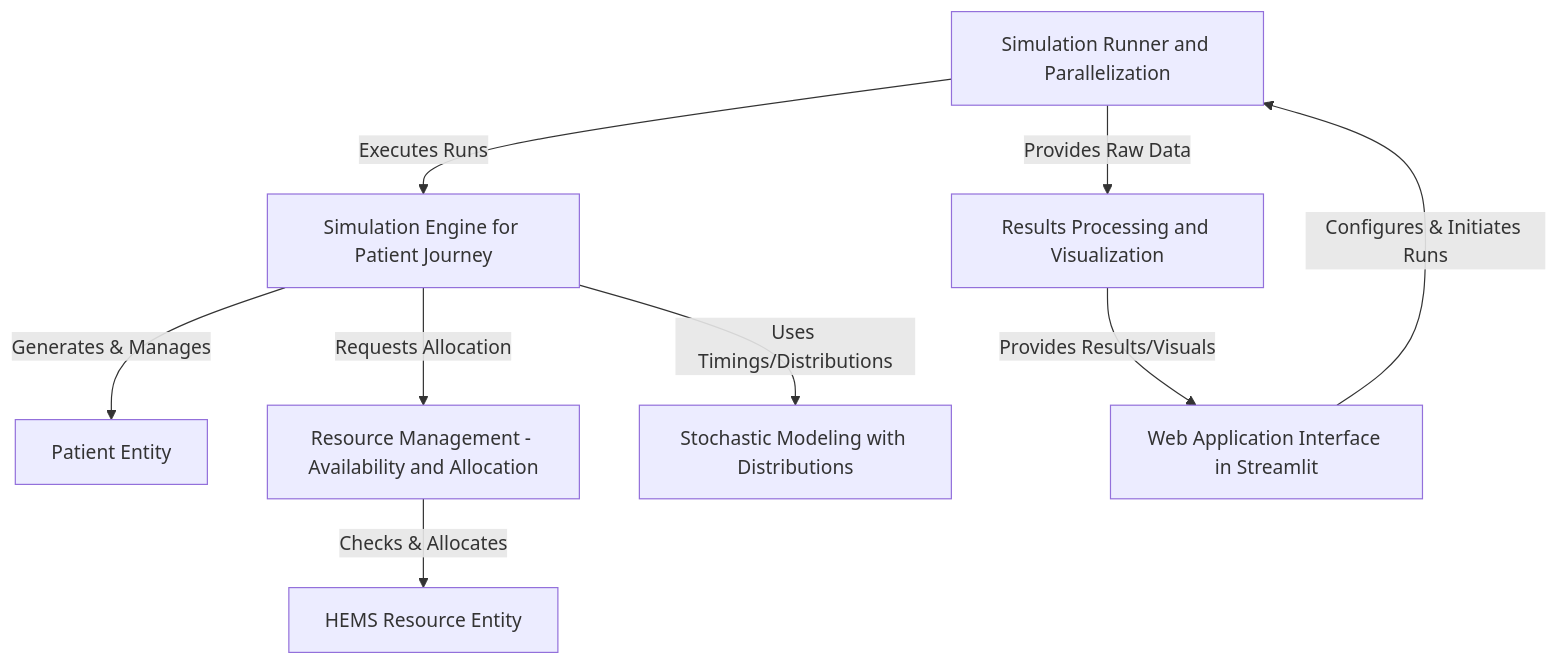
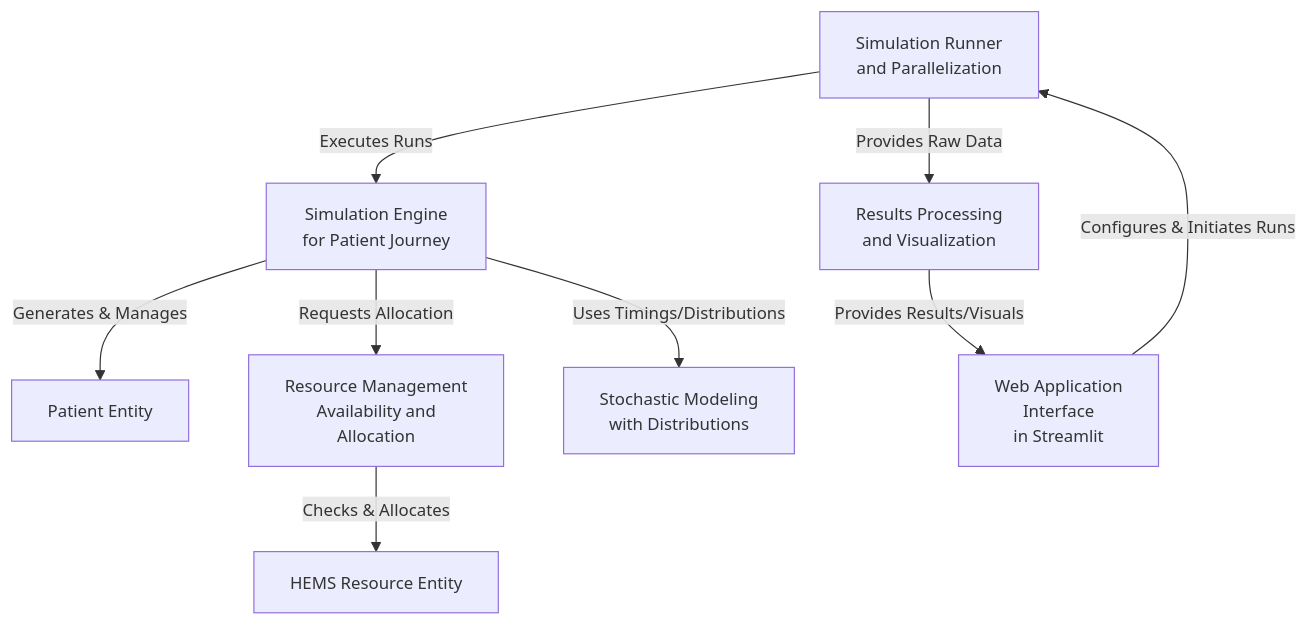
The diagram in index.qmd (Bergam0t/DAA_DES_repo_docs_TEST), drawn with Mermaid before and after one commit. The commit also changed 6 other files, not shown here.

Commit message:
Diagram and bash snippet fixes

````diff
--- a/index.qmd
+++ b/index.qmd
@@ -10,19 +10,20 @@
 ```{mermaid}
-flowchart TD
-    A0["Simulation Engine for Patient Journey"]
+%%{ init : { "themeVariables": { "fontSize": "14px" } } }%%
+flowchart TB
+    A0["Simulation Engine<br>for Patient Journey"]
     A1["Patient Entity"]
     A2["HEMS Resource Entity"]
-    A3["Resource Management - Availability and Allocation"]
-    A4["Simulation Runner and Parallelization"]
-    A5["Stochastic Modeling with Distributions"]
-    A6["Web Application Interface in Streamlit"]
-    A7["Results Processing and Visualization"]
+    A3["Resource Management<br>Availability and<br>Allocation"]
+    A4["Simulation Runner<br>and Parallelization"]
+    A5["Stochastic Modeling<br>with Distributions"]
+    A6["Web Application<br>Interface<br>in Streamlit"]
+    A7["Results Processing<br>and Visualization"]
     A0 -- "Generates & Manages" --> A1
     A0 -- "Requests Allocation" --> A3
     A0 -- "Uses Timings/Distributions" --> A5
     A3 -- "Checks & Allocates" --> A2
     A4 -- "Executes Runs" --> A0
     A4 -- "Provides Raw Data" --> A7
     A6 -- "Configures & Initiates Runs" --> A4
     A7 -- "Provides Results/Visuals" --> A6
 ```
````
